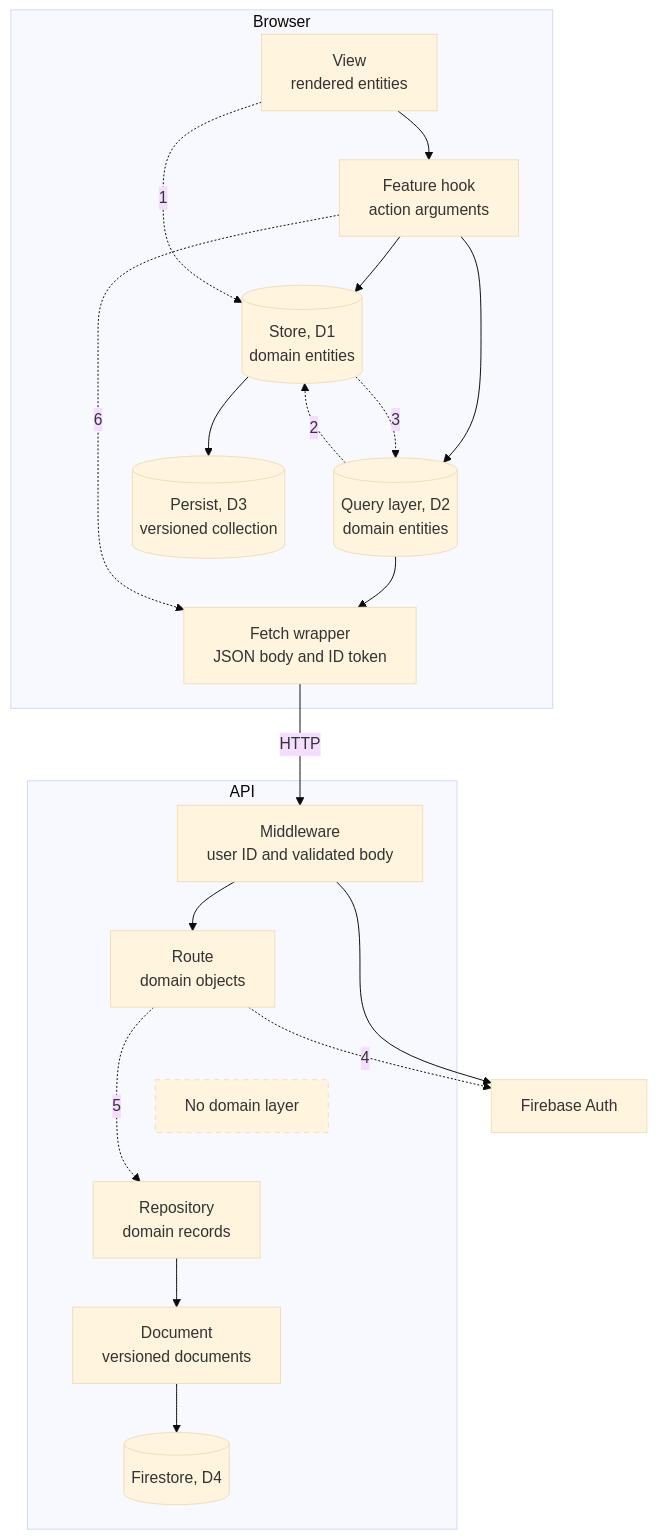
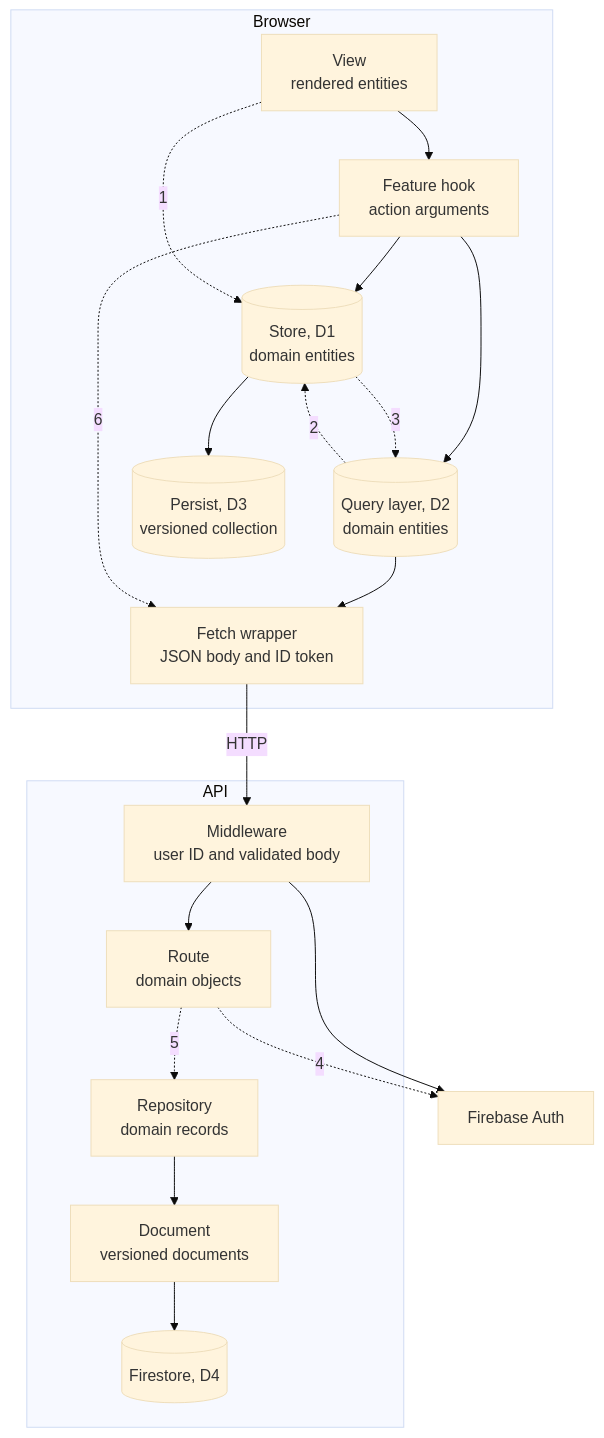
The first of 3 diagrams in docs/reference/data-flow-layers.md (dungeon-studio/genshin.dungeon.studio), drawn with Mermaid (base theme) before and after one commit. The commit also changed other lines of this file, not shown here.

Commit message:
docs: drop the missing-layer box from the layer stack
The box asserted a layer the API should have, on a page that draws
what is, and its name read as the existing @genshin/domain package.
Skip 5 now says what the code does: business rules split between
route and repository.

````diff
--- a/docs/reference/data-flow-layers.md
+++ b/docs/reference/data-flow-layers.md
@@ -16,45 +16,39 @@
 ```mermaid
 flowchart TB
   subgraph browser[Browser]
     view[View<br>rendered entities]
     hook[Feature hook<br>action arguments]
     store[(Store, D1<br>domain entities)]
     query[(Query layer, D2<br>domain entities)]
     persist[(Persist, D3<br>versioned collection)]
     fetchWrapper[Fetch wrapper<br>JSON body and ID token]
   end
 
   subgraph api[API]
     middleware[Middleware<br>user ID and validated body]
     route[Route<br>domain objects]
-    domain[No domain layer]
     repository[Repository<br>domain records]
     document[Document<br>versioned documents]
     firestore[(Firestore, D4)]
   end
 
   firebaseAuth[Firebase Auth]
 
   view --> hook
   hook --> store
   hook --> query
   store --> persist
   query --> fetchWrapper
   fetchWrapper -->|HTTP| middleware
   middleware --> route
-  route ~~~ domain
-  domain ~~~ repository
   repository --> document
   document --> firestore
   middleware --> firebaseAuth
 
   view -.->|1| store
   query -.->|2| store
   store -.->|3| query
   route -.->|4| firebaseAuth
   route -.->|5| repository
   hook -.->|6| fetchWrapper
-
-  classDef missing stroke-dasharray: 5 5
-  class domain missing
 ```
````
